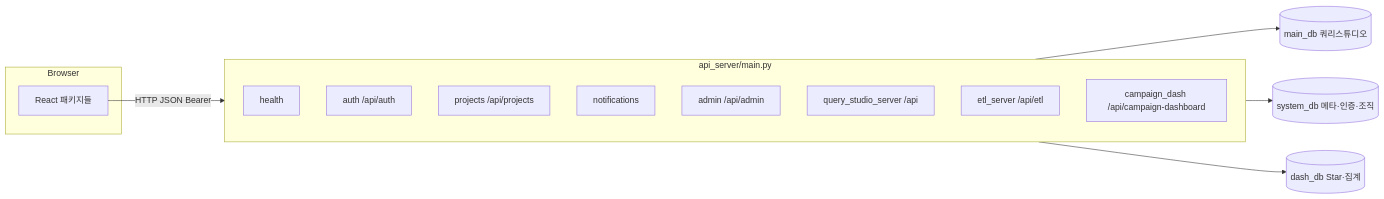
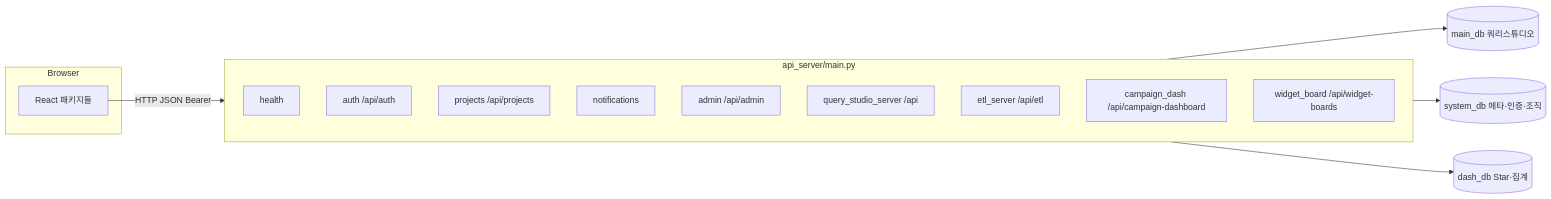
Before and after one commit to WhatDoThis/Ibank_BI_Project: the first of 2 diagrams in docs/report/03_AI_DEVELOP_GUIDE.md, drawn with Mermaid. The commit also changed other lines of this file and 38 other files, not shown here.

````diff
--- a/docs/report/03_AI_DEVELOP_GUIDE.md
+++ b/docs/report/03_AI_DEVELOP_GUIDE.md
@@ -21,20 +21,21 @@
 ```mermaid
 flowchart LR
   subgraph client [Browser]
     React[React 패키지들]
   end
   subgraph api [api_server/main.py]
     H[health]
     A[auth /api/auth]
     PR[projects /api/projects]
     NF[notifications]
     AD[admin /api/admin]
     R[query_studio_server /api]
     E[etl_server /api/etl]
     C[campaign_dash /api/campaign-dashboard]
+    W[widget_board /api/widget-boards]
   end
   React -->|HTTP JSON Bearer| api
   api --> PG1[(main_db 쿼리스튜디오)]
   api --> PG2[(system_db 메타·인증·조직)]
   api --> PG3[(dash_db Star·집계)]
 ```
````
